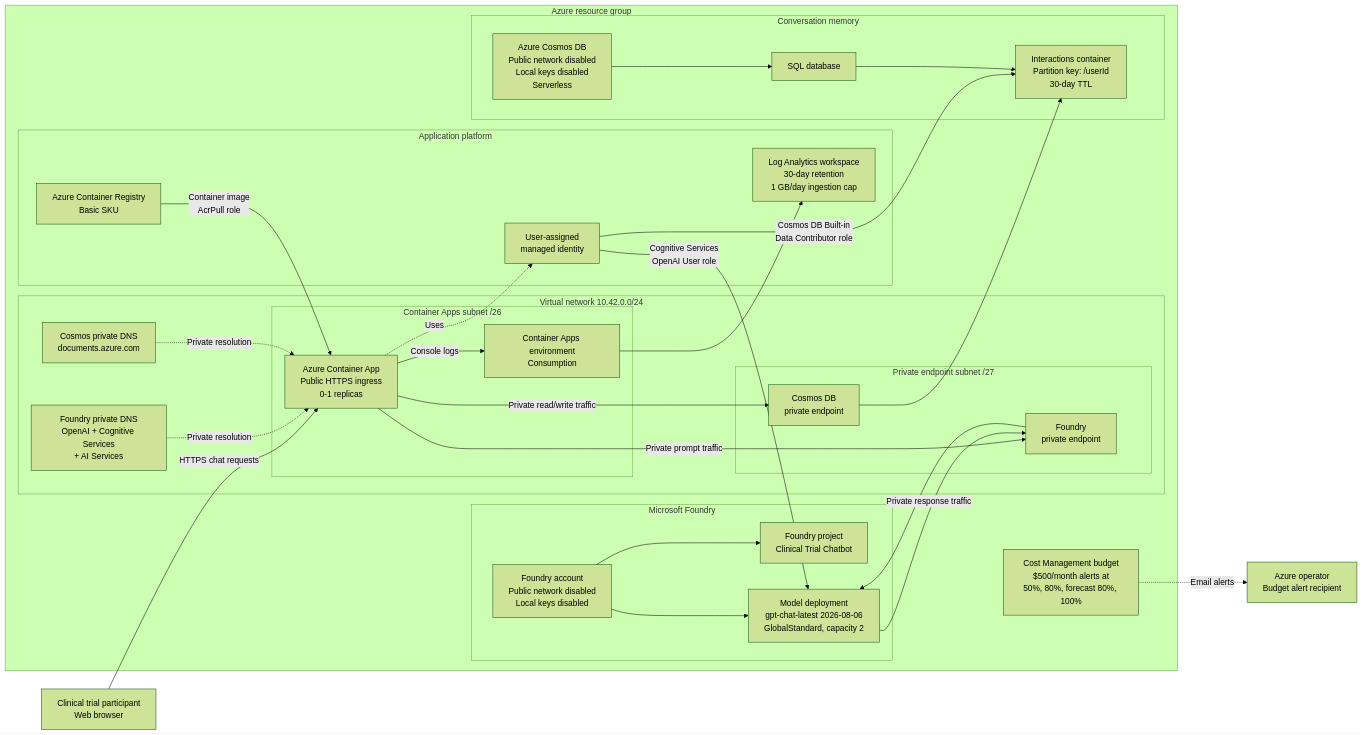
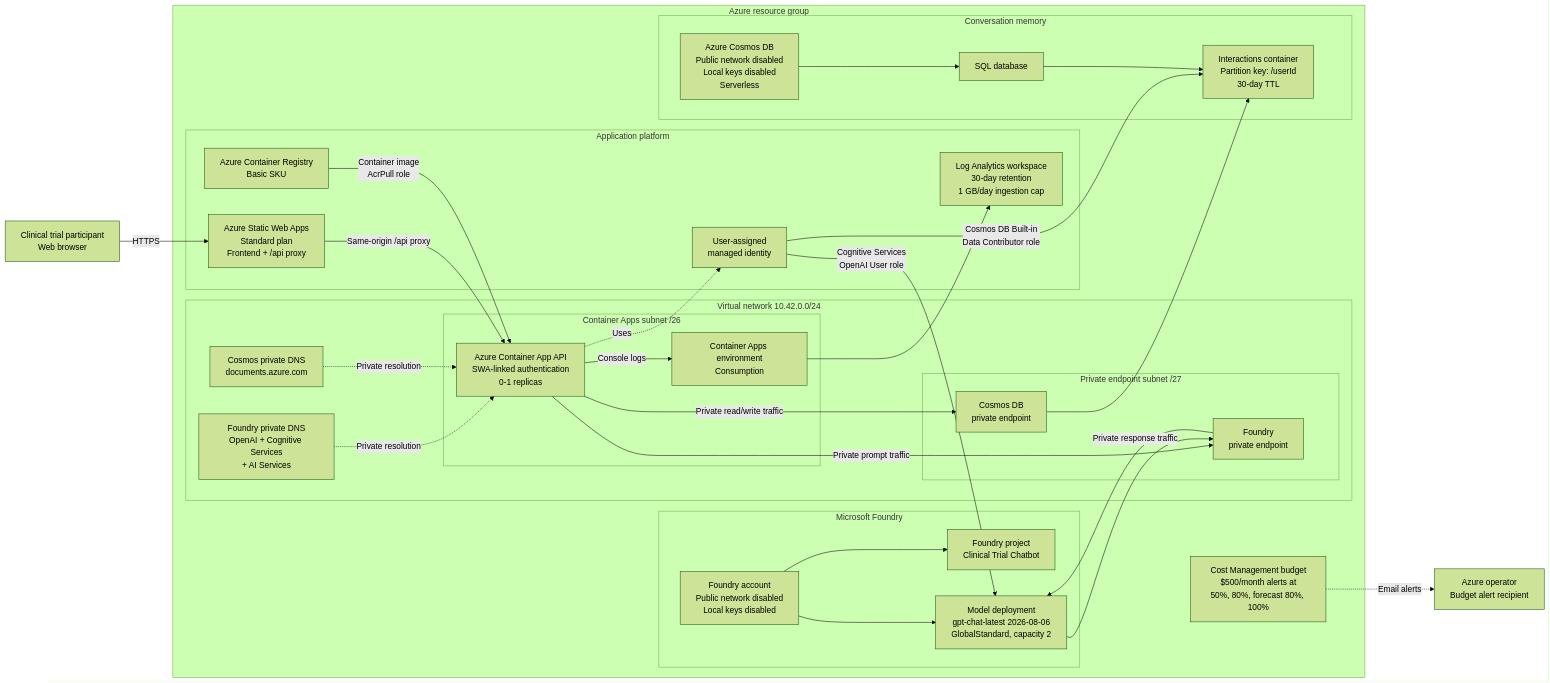
Before and after one commit to mariehalloran/foundry-health-models-example: the diagram in README.md, drawn with Mermaid (forest theme). The commit also changed other lines of this file and 4 other files, not shown here.

````diff
--- a/README.md
+++ b/README.md
@@ -33,58 +33,60 @@
 ```mermaid
 flowchart LR
     user["Clinical trial participant<br/>Web browser"]
     operator["Azure operator<br/>Budget alert recipient"]
 
     subgraph rg["Azure resource group"]
         budget["Cost Management budget<br/>$500/month alerts at<br/>50%, 80%, forecast 80%, 100%"]
 
         subgraph appPlatform["Application platform"]
+            swa["Azure Static Web Apps<br/>Standard plan<br/>Frontend + /api proxy"]
             acr["Azure Container Registry<br/>Basic SKU"]
             identity["User-assigned<br/>managed identity"]
             logs["Log Analytics workspace<br/>30-day retention<br/>1 GB/day ingestion cap"]
         end
 
         subgraph vnet["Virtual network 10.42.0.0/24"]
             subgraph acaSubnet["Container Apps subnet /26"]
                 env["Container Apps environment<br/>Consumption"]
-                app["Azure Container App<br/>Public HTTPS ingress<br/>0-1 replicas"]
+                app["Azure Container App API<br/>SWA-linked authentication<br/>0-1 replicas"]
             end
 
             subgraph privateSubnet["Private endpoint subnet /27"]
                 foundryPe["Foundry<br/>private endpoint"]
                 cosmosPe["Cosmos DB<br/>private endpoint"]
             end
 
             foundryDns["Foundry private DNS<br/>OpenAI + Cognitive Services<br/>+ AI Services"]
             cosmosDns["Cosmos private DNS<br/>documents.azure.com"]
         end
 
         subgraph ai["Microsoft Foundry"]
             account["Foundry account<br/>Public network disabled<br/>Local keys disabled"]
             project["Foundry project<br/>Clinical Trial Chatbot"]
             model["Model deployment<br/>gpt-chat-latest 2026-08-06<br/>GlobalStandard, capacity 2"]
         end
 
         subgraph memory["Conversation memory"]
             cosmos["Azure Cosmos DB<br/>Public network disabled<br/>Local keys disabled<br/>Serverless"]
             database["SQL database"]
             interactions["Interactions container<br/>Partition key: /userId<br/>30-day TTL"]
         end
     end
 
-    user -->|"HTTPS chat requests"| app
+    user -->|"HTTPS"| swa
+    swa -->|"Same-origin /api proxy"| app
     acr -->|"Container image<br/>AcrPull role"| app
     app -.->|"Uses"| identity
     identity -->|"Cognitive Services<br/>OpenAI User role"| model
     identity -->|"Cosmos DB Built-in<br/>Data Contributor role"| interactions
     app -->|"Private prompt traffic"| foundryPe --> model
     model -->|"Private response traffic"| foundryPe
     app -->|"Private read/write traffic"| cosmosPe --> interactions
     foundryDns -.->|"Private resolution"| app
     cosmosDns -.->|"Private resolution"| app
     account --> project
     account --> model
     cosmos --> database --> interactions
     app -->|"Console logs"| env --> logs
     budget -.->|"Email alerts"| operator
 ```
````
